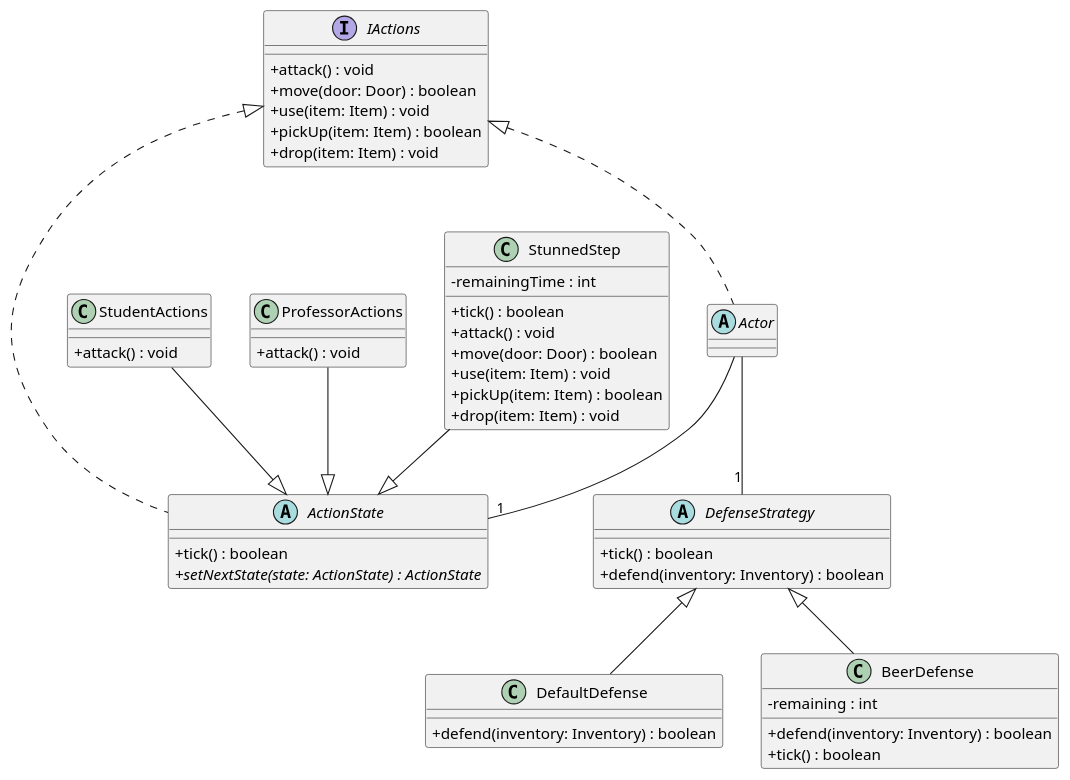
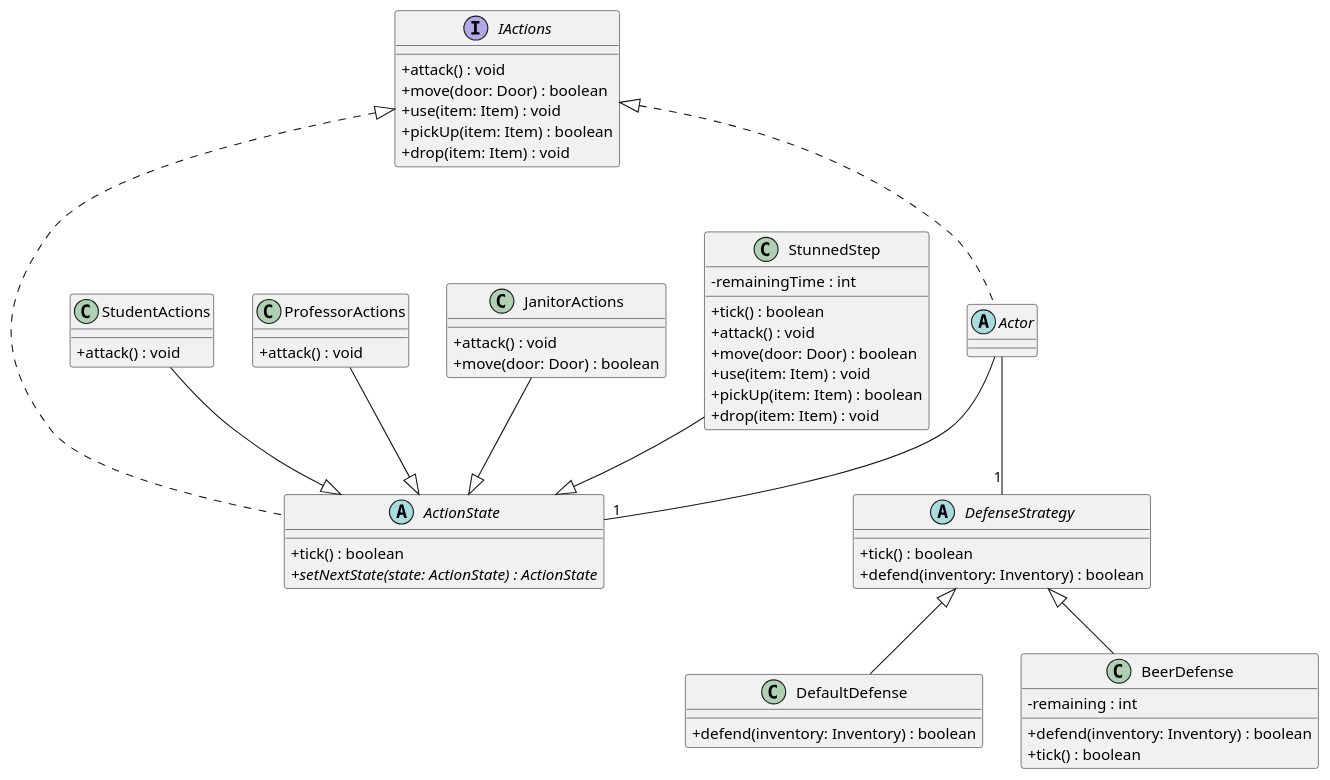
One commit to Kristof-me/Logarlec changed the diagram in docs/class/Strategy&State.puml. Above: the diagram before and after it, drawn with PlantUML. The commit also changed 5 other files, not shown here.

Commit message:
Updated class diagram

```diff
--- a/docs/class/Strategy&State.puml
+++ b/docs/class/Strategy&State.puml
@@ -1,77 +1,83 @@
-@startuml classDiagram
+@startuml Strategy
 skinparam classAttributeIconSize 0
-
 
 'Character ----------------------------------------
 
 abstract class Actor {
 }
 
 Actor -- "1" ActionState
 Actor -- "1" DefenseStrategy
 
 interface IActions {
     + attack() : void
     + move(door: Door) : boolean
     + use(item: Item) : void
     + pickUp(item: Item) : boolean
     + drop(item: Item) : void
 }
 
 IActions <|.. Actor
 IActions <|.. ActionState
 
 abstract class ActionState {
     + tick() : boolean
     + {abstract} setNextState(state: ActionState) : ActionState
 }
 
 class StudentActions {
     + attack() : void
 }
 
 StudentActions --|> ActionState
 
 class ProfessorActions {
     + attack() : void
 }
 
 ProfessorActions --|> ActionState
+
+class JanitorActions {
+    + attack() : void
+    + move(door: Door) : boolean
+}
+
+JanitorActions --|> ActionState
 
 class StunnedStep {
     - remainingTime : int
 
     + tick() : boolean
     + attack() : void
     + move(door: Door) : boolean
     + use(item: Item) : void
     + pickUp(item: Item) : boolean
     + drop(item: Item) : void
 }
 
 StunnedStep --|> ActionState
 
 'Strategy -----------------------------------
 abstract class DefenseStrategy {
     + tick() : boolean
     + defend(inventory: Inventory) : boolean
 }
 
 class DefaultDefense {
     + defend(inventory: Inventory) : boolean
 }
 
 class BeerDefense {
     - remaining : int
     + defend(inventory: Inventory) : boolean
     + tick() : boolean
 }
 
 ' false-t ad vissza, ha már lejár
 
 DefenseStrategy <|-- DefaultDefense
 DefenseStrategy <|-- BeerDefense
 
 
 
 @enduml
```
